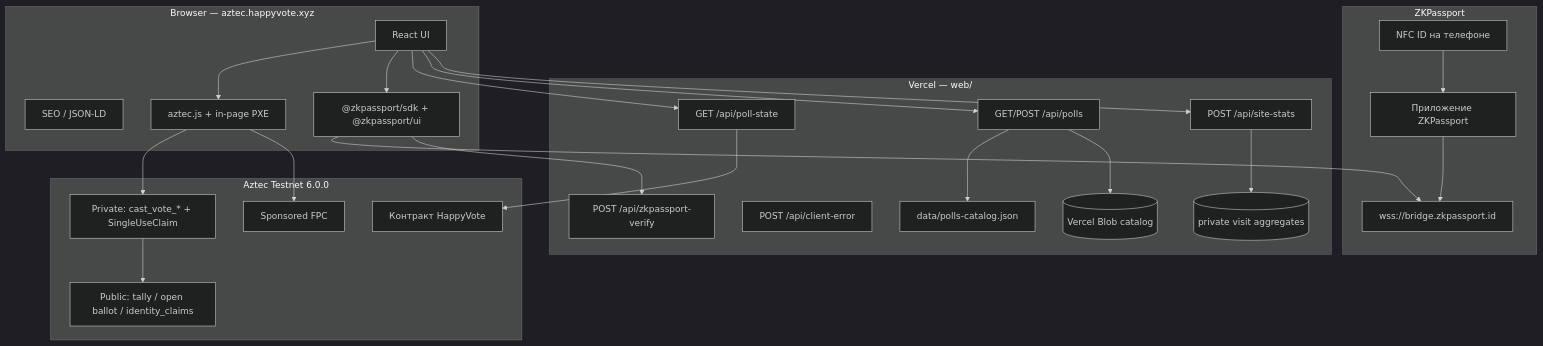
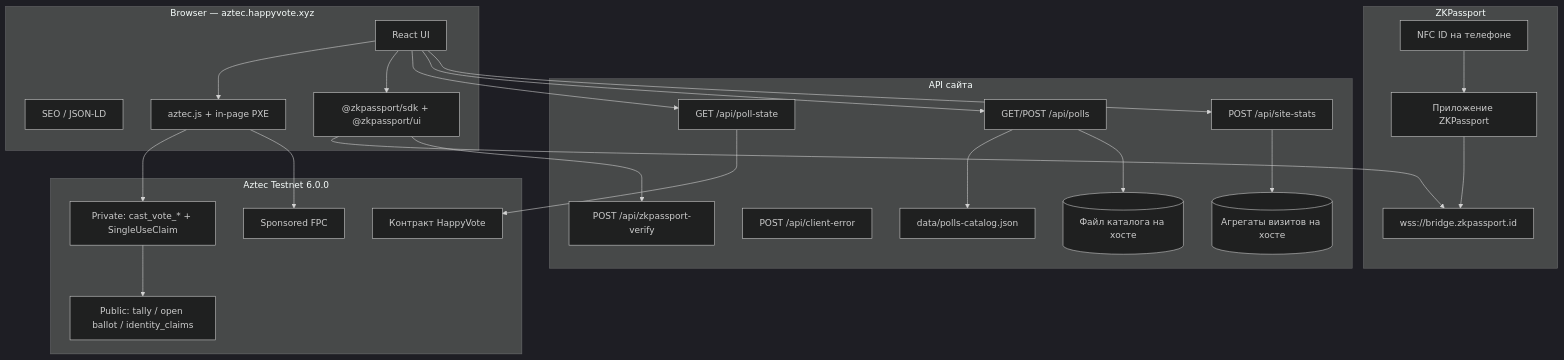
Before and after one commit to pittpv/happy-vote-aztec: the first of 2 diagrams in docs/ru/02-ARCHITECTURE.md, drawn with Mermaid (dark theme). The commit also changed other lines of this file and 13 other files, not shown here.

Commit message:
Describe the HappyVote host, catalog file, and on-host visit country.

````diff
--- a/docs/ru/02-ARCHITECTURE.md
+++ b/docs/ru/02-ARCHITECTURE.md
@@ -7,50 +7,50 @@
 ```mermaid
 flowchart TB
   subgraph Client["Browser — aztec.happyvote.xyz"]
     UI[React UI]
     SEO[SEO / JSON-LD]
     AZJS[aztec.js + in-page PXE]
     ZKP["@zkpassport/sdk + @zkpassport/ui"]
   end
 
-  subgraph Edge["Vercel — web/"]
+  subgraph Edge["API сайта"]
     PollState["GET /api/poll-state"]
     PollsAPI["GET/POST /api/polls"]
     ZkAPI["POST /api/zkpassport-verify"]
     ErrAPI["POST /api/client-error"]
     StatsAPI["POST /api/site-stats"]
-    Blob[(Vercel Blob catalog)]
-    StatsBlob[(private visit aggregates)]
+    Blob[(Файл каталога на хосте)]
+    StatsBlob[(Агрегаты визитов на хосте)]
     Seed[data/polls-catalog.json]
   end
 
   subgraph Identity["ZKPassport"]
     Phone[NFC ID на телефоне]
     ZKPApp[Приложение ZKPassport]
     Bridge[wss://bridge.zkpassport.id]
   end
 
   subgraph AztecL2["Aztec Testnet 6.0.0"]
     HV[Контракт HappyVote]
     PrivateExec["Private: cast_vote_* + SingleUseClaim"]
     PublicExec["Public: tally / open ballot / identity_claims"]
     FPC[Sponsored FPC]
   end
 
   UI --> AZJS
   UI --> ZKP
   UI --> PollState
   UI --> PollsAPI
   UI --> StatsAPI
   ZKP --> Bridge
   Phone --> ZKPApp
   ZKPApp --> Bridge
   ZKP --> ZkAPI
   PollsAPI --> Seed
   PollsAPI --> Blob
   StatsAPI --> StatsBlob
   AZJS --> PrivateExec
   PrivateExec --> PublicExec
   AZJS --> FPC
   PollState --> HV
 ```
````
